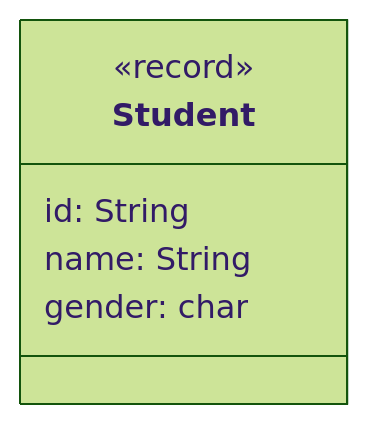
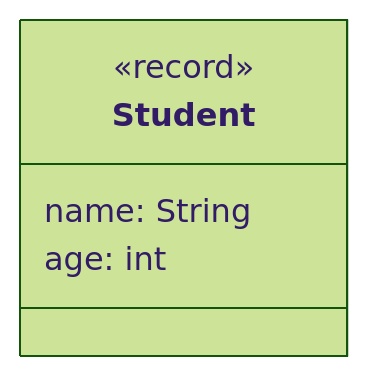
One commit to jappuccini/java-docs changed the diagram in docs/exercises/io-streams/io-streams01.md. Above: the diagram before and after it, drawn with Mermaid (forest theme). The commit also changed other lines of this file and 3 other files, not shown here.

````diff
--- a/docs/exercises/io-streams/io-streams01.md
+++ b/docs/exercises/io-streams/io-streams01.md
@@ -13,9 +13,8 @@
 ```mermaid
 classDiagram
     class Student {
         <<record>>
-        id: String
         name: String
-        gender: char
+        age: int
     }
 ```
````
